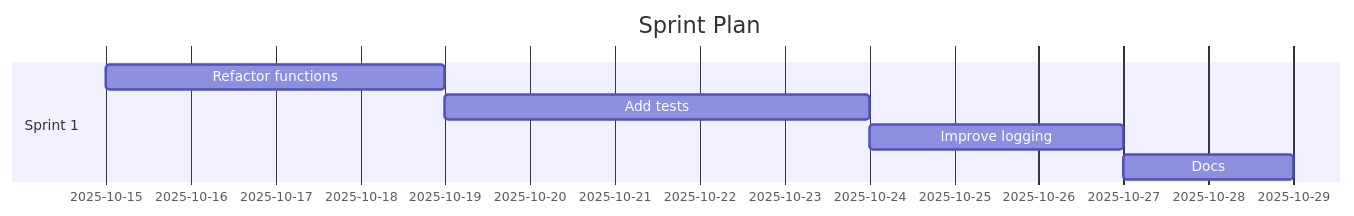
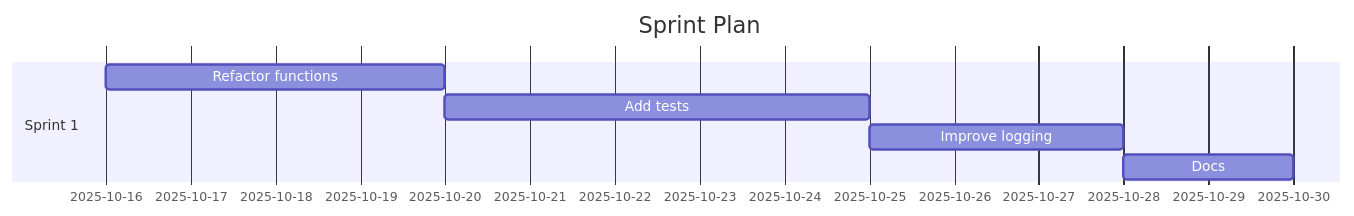
The diagram in demos/demo-code-analysis.sprint.md (Anselmoo/mcp-ai-agent-guidelines), drawn with Mermaid before and after one commit. The commit also changed other lines of this file and 17 other files, not shown here.

First line of the commit message:
Improve test coverage from 79.46% to 87.62% - Add comprehensive bridge, design workflow, MCP server handler, and tool tests (#141)

````diff
--- a/demos/demo-code-analysis.sprint.md
+++ b/demos/demo-code-analysis.sprint.md
@@ -59,11 +59,11 @@
 ```mermaid
 gantt
 	dateFormat  YYYY-MM-DD
 	title Sprint Plan
 %% Accessibility: Title=Project Sprint Plan; Description=Gantt chart of sprints and tasks over time. %%
   section Sprint 1
-  Refactor functions :s1t0, 2025-10-15, 4d
-  Add tests :s1t1, 2025-10-19, 5d
-  Improve logging :s1t2, 2025-10-24, 3d
-  Docs :s1t3, 2025-10-27, 2d
+  Refactor functions :s1t0, 2025-10-16, 4d
+  Add tests :s1t1, 2025-10-20, 5d
+  Improve logging :s1t2, 2025-10-25, 3d
+  Docs :s1t3, 2025-10-28, 2d
 ```
````
